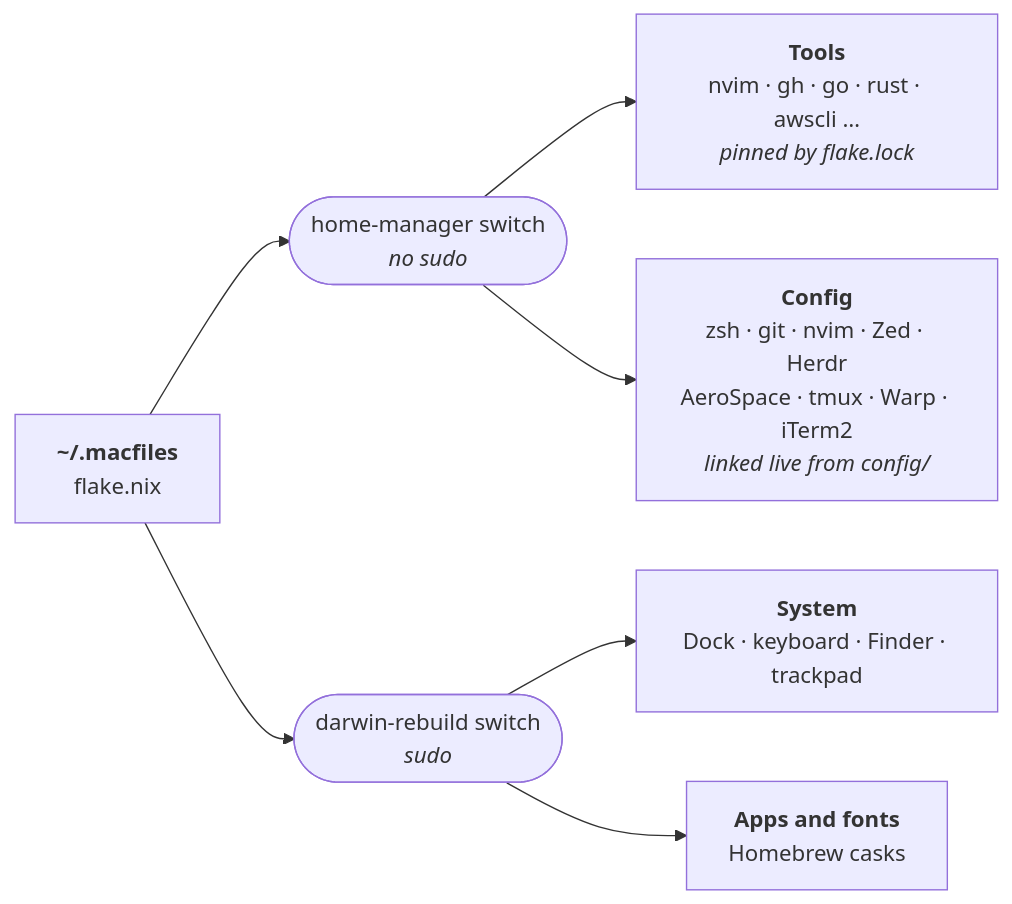
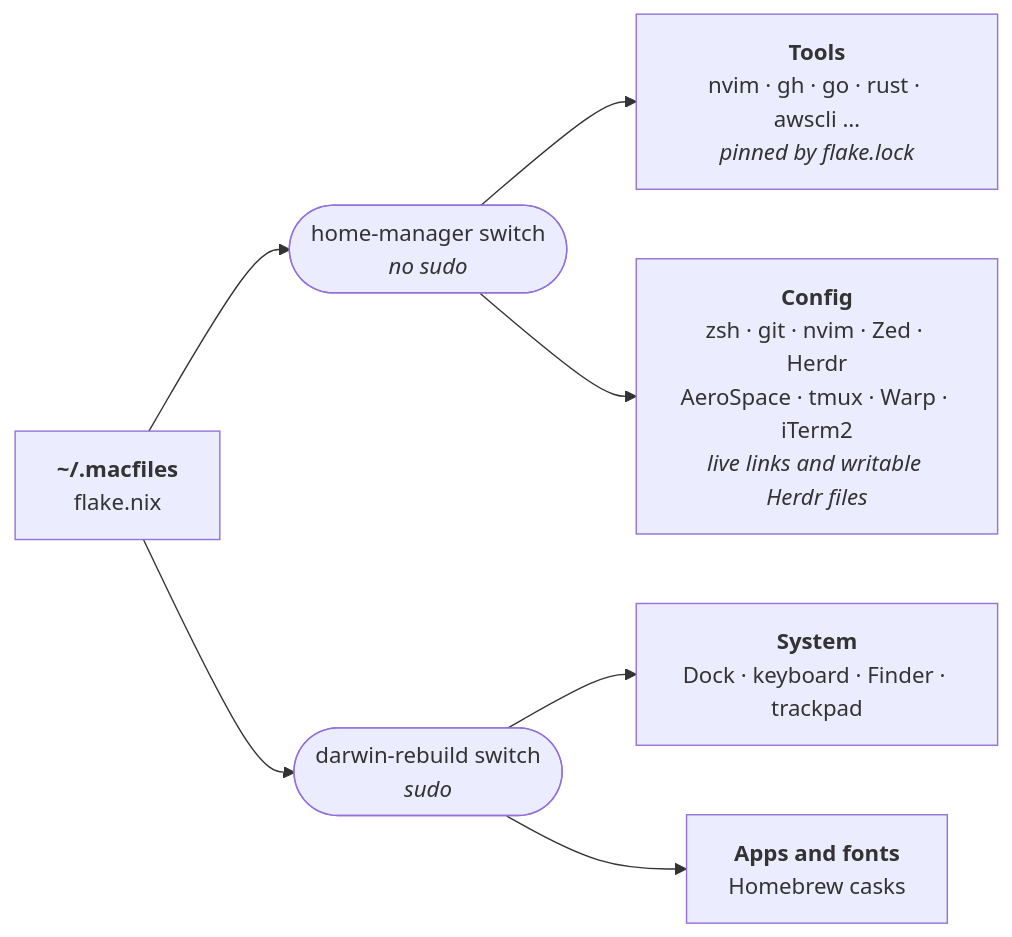
One commit to aloki-alok/.macfiles changed the diagram in README.md. Above: the diagram before and after it, drawn with Mermaid. The commit also changed other lines of this file and 51 other files, not shown here.

````diff
--- a/README.md
+++ b/README.md
@@ -5,12 +3,12 @@
 ```mermaid
 flowchart LR
   repo["<b>~/.macfiles</b><br/>flake.nix"]
   hm(["home-manager switch<br/><i>no sudo</i>"])
   dw(["darwin-rebuild switch<br/><i>sudo</i>"])
   tools["<b>Tools</b><br/>nvim · gh · go · rust · awscli …<br/><i>pinned by flake.lock</i>"]
-  cfg["<b>Config</b><br/>zsh · git · nvim · Zed · Herdr<br/>AeroSpace · tmux · Warp · iTerm2<br/><i>linked live from config/</i>"]
+  cfg["<b>Config</b><br/>zsh · git · nvim · Zed · Herdr<br/>AeroSpace · tmux · Warp · iTerm2<br/><i>live links and writable Herdr files</i>"]
   sys["<b>System</b><br/>Dock · keyboard · Finder · trackpad"]
   apps["<b>Apps and fonts</b><br/>Homebrew casks"]
   repo --> hm --> tools & cfg
   repo --> dw --> sys & apps
 ```
````
